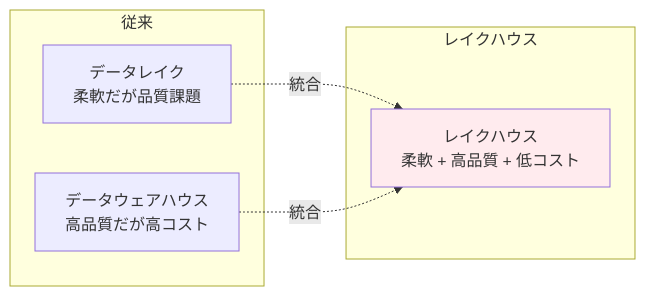
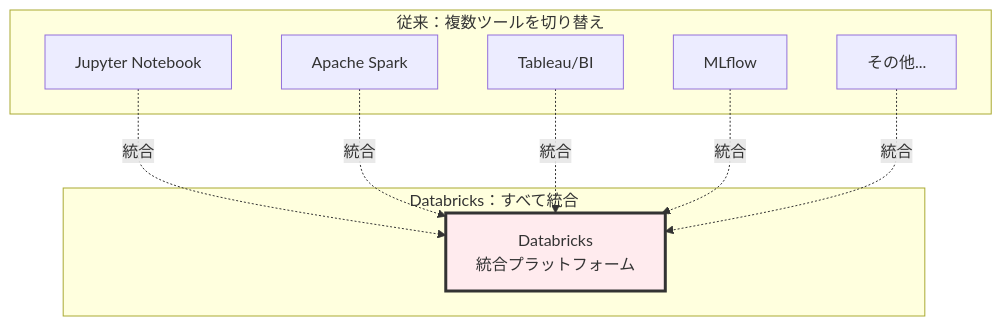
The first of 6 diagrams in public/databricks-beginner-learning-path.md (taka-yayoi/qiita-articles), drawn with Mermaid before and after one commit. The commit also changed other lines of this file and 3 other files, not shown here.

````diff
--- a/public/databricks-beginner-learning-path.md
+++ b/public/databricks-beginner-learning-path.md
@@ -151,16 +22,22 @@
 ```mermaid
-graph LR
-    subgraph "従来"
-        DL1[データレイク<br/>柔軟だが品質課題]
-        DW1[データウェアハウス<br/>高品質だが高コスト]
+graph TB
+    subgraph "従来：複数ツールを切り替え"
+        T1[Jupyter Notebook]
+        T2[Apache Spark]
+        T3[Tableau/BI]
+        T4[MLflow]
+        T5[その他...]
     end
 
-    subgraph "レイクハウス"
-        LH[レイクハウス<br/>柔軟 + 高品質 + 低コスト]
+    subgraph "Databricks：すべて統合"
+        DB[Databricks<br/>統合プラットフォーム]
     end
 
-    DL1 -.統合.-> LH
-    DW1 -.統合.-> LH
+    T1 -.統合.-> DB
+    T2 -.統合.-> DB
+    T3 -.統合.-> DB
+    T4 -.統合.-> DB
+    T5 -.統合.-> DB
 
-    style LH fill:#ffebee
+    style DB fill:#ffebee,stroke:#333,stroke-width:3px
 ```
````
